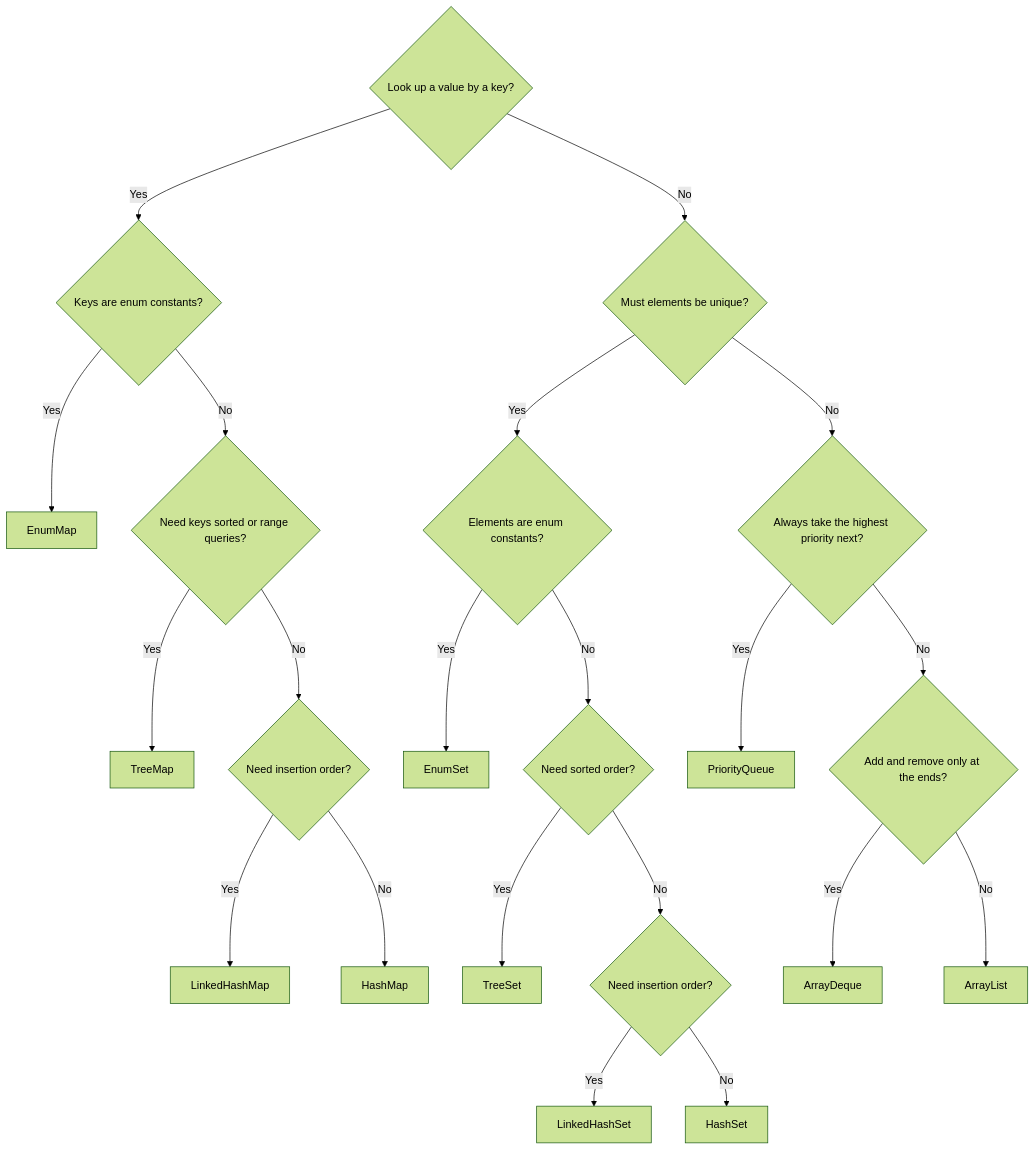
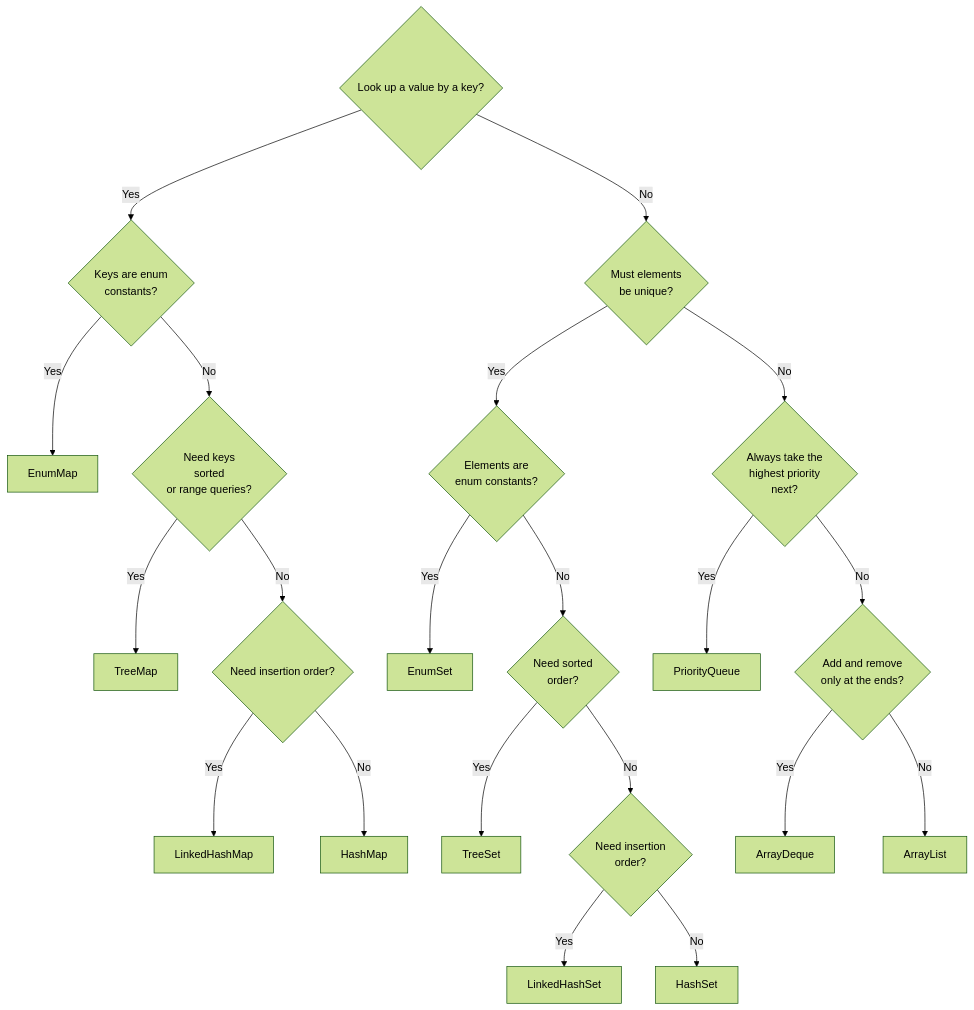
The diagram in notes/topics/t07_collections_3_set_map/t07_collections_3_set_map_notes.md (nmcguinness/L8-OOP-Module-Content), drawn with Mermaid (forest theme) before and after one commit. The commit also changed 3 other files, not shown here.

Commit message:
Fixed diagram wrapping

````diff
--- a/notes/topics/t07_collections_3_set_map/t07_collections_3_set_map_notes.md
+++ b/notes/topics/t07_collections_3_set_map/t07_collections_3_set_map_notes.md
@@ -546,26 +546,26 @@
 ```mermaid
 flowchart TD
     accTitle: Choosing a Java collection
     accDescr: A decision flow. Keyed lookup leads to a Map; uniqueness leads to a Set; processing by priority leads to PriorityQueue; first-in first-out or stack use leads to ArrayDeque; otherwise use ArrayList. Within Map and Set, enum keys lead to the Enum version, sorted order to the Tree version, insertion order to the Linked version, and otherwise the Hash version.
     Q1{Look up a value by a key?}
-    Q1 -->|Yes| M{Keys are enum constants?}
+    Q1 -->|Yes| M{Keys are enum</br>constants?}
     M -->|Yes| EM[EnumMap]
-    M -->|No| MS{Need keys sorted or range queries?}
+    M -->|No| MS{Need keys</br>sorted</br>or range queries?}
     MS -->|Yes| TM[TreeMap]
     MS -->|No| MI{Need insertion order?}
     MI -->|Yes| LHM[LinkedHashMap]
     MI -->|No| HM[HashMap]
-    Q1 -->|No| Q2{Must elements be unique?}
-    Q2 -->|Yes| S{Elements are enum constants?}
+    Q1 -->|No| Q2{Must elements</br>be unique?}
+    Q2 -->|Yes| S{Elements are</br>enum constants?}
     S -->|Yes| ES[EnumSet]
-    S -->|No| SS{Need sorted order?}
+    S -->|No| SS{Need sorted</br>order?}
     SS -->|Yes| TS[TreeSet]
-    SS -->|No| SI{Need insertion order?}
+    SS -->|No| SI{Need insertion</br>order?}
     SI -->|Yes| LHS[LinkedHashSet]
     SI -->|No| HS[HashSet]
-    Q2 -->|No| Q3{Always take the highest priority next?}
+    Q2 -->|No| Q3{Always take the</br>highest priority</br>next?}
     Q3 -->|Yes| PQ[PriorityQueue]
-    Q3 -->|No| Q4{Add and remove only at the ends?}
+    Q3 -->|No| Q4{Add and remove</br>only at the ends?}
     Q4 -->|Yes| AD[ArrayDeque]
     Q4 -->|No| AL[ArrayList]
 ```
````
